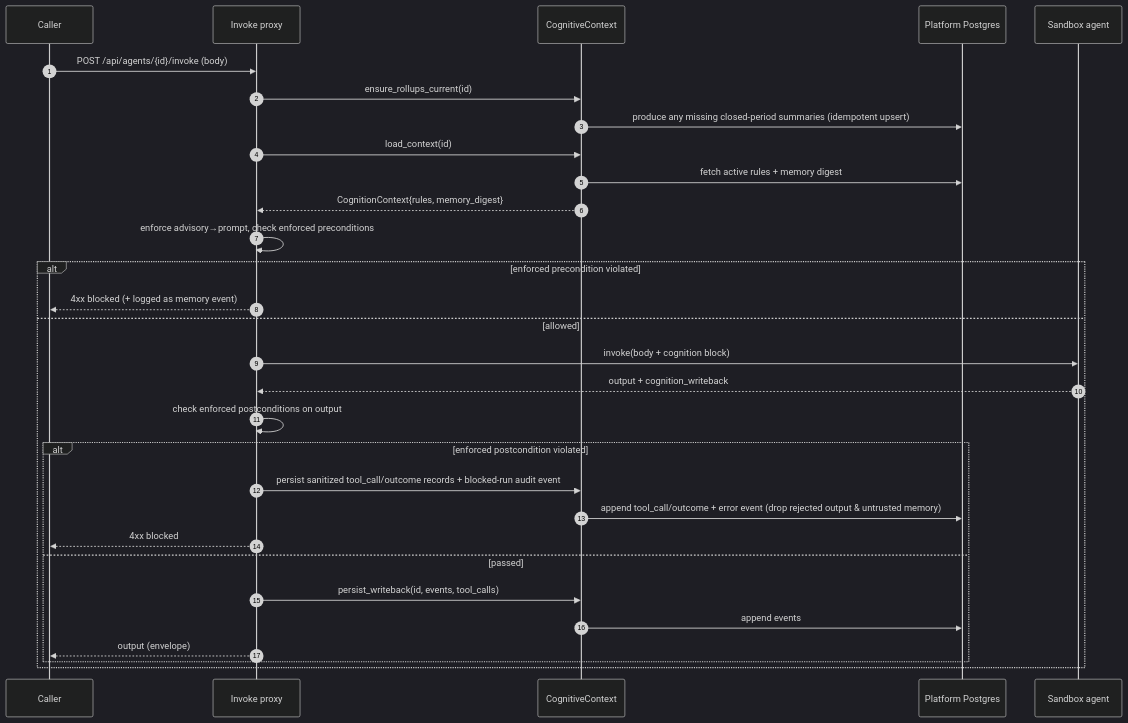
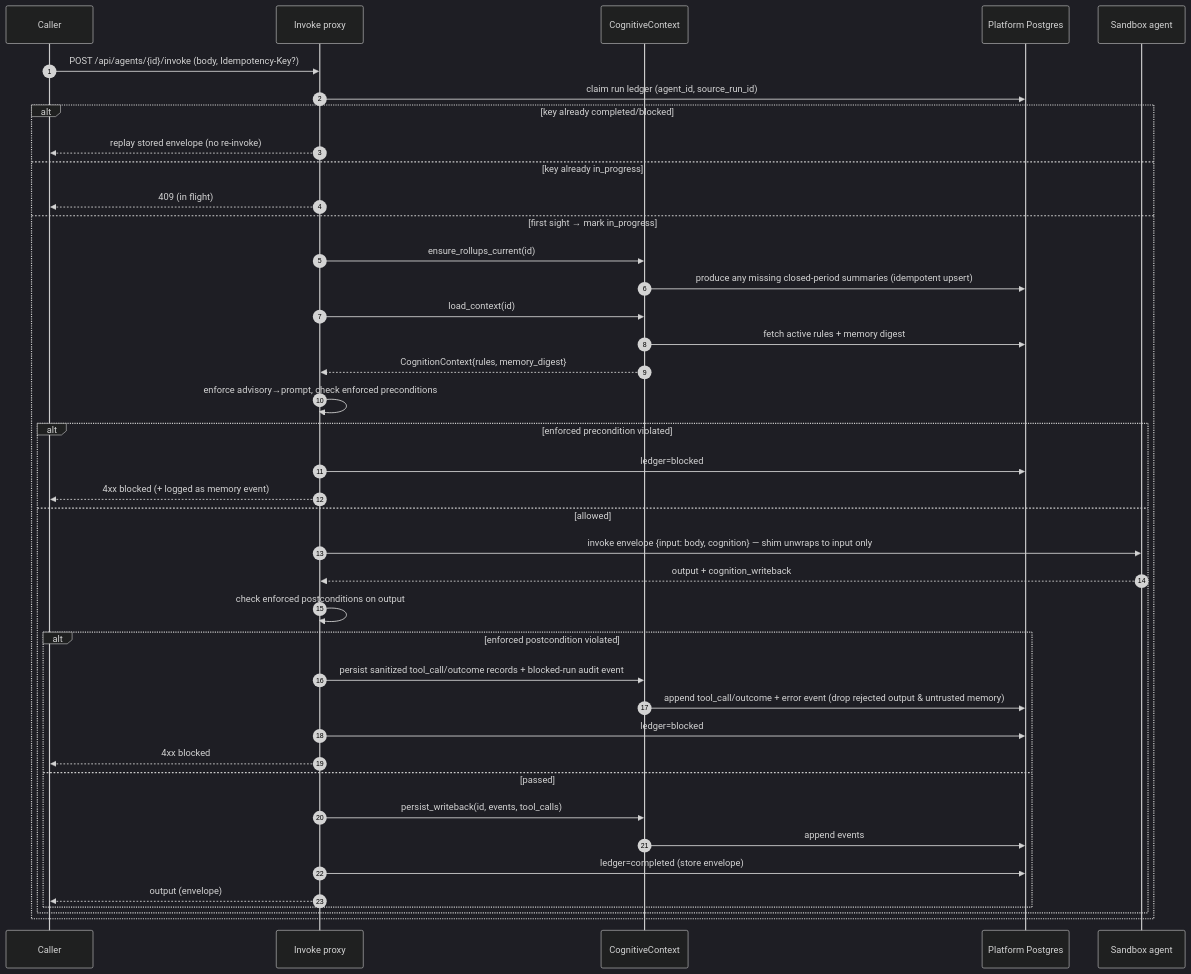
One commit to brandonkindred/Khala-Agentic-AI-Teams changed the third of 6 diagrams in backend/agents/agent_cognition/DESIGN.md. Above: the diagram before and after it, drawn with Mermaid (dark theme). The commit also changed other lines of this file and 1 other file, not shown here.

First line of the commit message:
Address review round 5: execution-level idempotency, cognition envelope, superseded proposal state

````diff
--- a/backend/agents/agent_cognition/DESIGN.md
+++ b/backend/agents/agent_cognition/DESIGN.md
@@ -191,33 +191,43 @@
 ```mermaid
 sequenceDiagram
   autonumber
   participant C as Caller
   participant PX as Invoke proxy
   participant CTX as CognitiveContext
   participant PG as Platform Postgres
   participant SB as Sandbox agent
 
-  C->>PX: POST /api/agents/{id}/invoke (body)
-  PX->>CTX: ensure_rollups_current(id)
-  CTX->>PG: produce any missing closed-period summaries (idempotent upsert)
-  PX->>CTX: load_context(id)
-  CTX->>PG: fetch active rules + memory digest
-  CTX-->>PX: CognitionContext{rules, memory_digest}
-  PX->>PX: enforce advisory→prompt, check enforced preconditions
-  alt enforced precondition violated
-    PX-->>C: 4xx blocked (+ logged as memory event)
-  else allowed
-    PX->>SB: invoke(body + cognition block)
-    SB-->>PX: output + cognition_writeback
-    PX->>PX: check enforced postconditions on output
-    alt enforced postcondition violated
-      PX->>CTX: persist sanitized tool_call/outcome records + blocked-run audit event
-      CTX->>PG: append tool_call/outcome + error event (drop rejected output & untrusted memory)
-      PX-->>C: 4xx blocked
-    else passed
-      PX->>CTX: persist_writeback(id, events, tool_calls)
-      CTX->>PG: append events
-      PX-->>C: output (envelope)
+  C->>PX: POST /api/agents/{id}/invoke (body, Idempotency-Key?)
+  PX->>PG: claim run ledger (agent_id, source_run_id)
+  alt key already completed/blocked
+    PX-->>C: replay stored envelope (no re-invoke)
+  else key already in_progress
+    PX-->>C: 409 (in flight)
+  else first sight → mark in_progress
+    PX->>CTX: ensure_rollups_current(id)
+    CTX->>PG: produce any missing closed-period summaries (idempotent upsert)
+    PX->>CTX: load_context(id)
+    CTX->>PG: fetch active rules + memory digest
+    CTX-->>PX: CognitionContext{rules, memory_digest}
+    PX->>PX: enforce advisory→prompt, check enforced preconditions
+    alt enforced precondition violated
+      PX->>PG: ledger=blocked
+      PX-->>C: 4xx blocked (+ logged as memory event)
+    else allowed
+      PX->>SB: invoke envelope {input: body, cognition} — shim unwraps to input only
+      SB-->>PX: output + cognition_writeback
+      PX->>PX: check enforced postconditions on output
+      alt enforced postcondition violated
+        PX->>CTX: persist sanitized tool_call/outcome records + blocked-run audit event
+        CTX->>PG: append tool_call/outcome + error event (drop rejected output & untrusted memory)
+        PX->>PG: ledger=blocked
+        PX-->>C: 4xx blocked
+      else passed
+        PX->>CTX: persist_writeback(id, events, tool_calls)
+        CTX->>PG: append events
+        PX->>PG: ledger=completed (store envelope)
+        PX-->>C: output (envelope)
+      end
     end
   end
 ```
````
